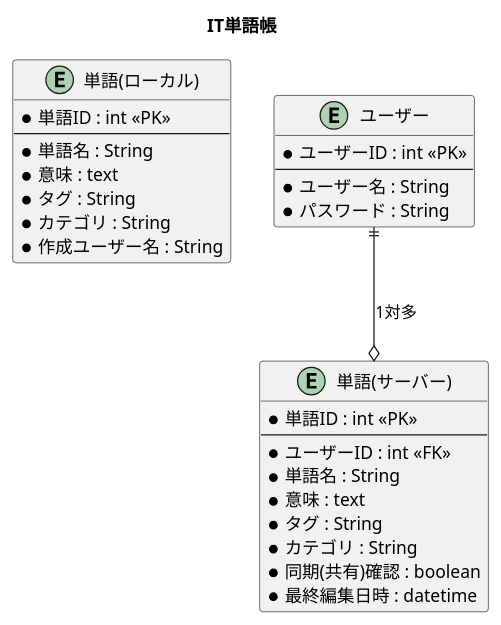
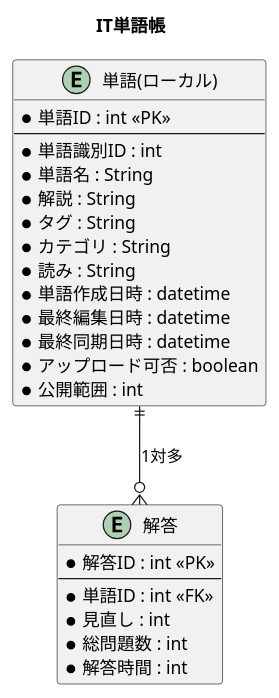
One commit to Kano0110/ITLearningSupport changed the diagram in 資料/E-R図.pu. Above: the diagram before and after it, drawn with PlantUML. The commit also changed 1 other file, not shown here.

Commit message:
e-r図更新

```diff
--- a/資料/E-R図.pu
+++ b/資料/E-R図.pu
@@ -1,35 +1,31 @@
 @startuml E-R図
 title IT単語帳
 
 entity "単語(ローカル)" as LocalWord {
   * 単語ID : int <<PK>>
   --
+  * 単語識別ID : int
   * 単語名 : String
-  * 意味 : text
+  * 解説 : String
   * タグ : String
   * カテゴリ : String
-  * 作成ユーザー名 : String
+  * 読み : String
+  * 単語作成日時 : datetime
+  * 最終編集日時 : datetime
+  * 最終同期日時 : datetime
+  * アップロード可否 : boolean
+  * 公開範囲 : int
 }
 
-entity "ユーザー" as User {
-  * ユーザーID : int <<PK>>
+entity "解答" as Answer {
+  * 解答ID : int <<PK>>
   --
-  * ユーザー名 : String
-  * パスワード : String
+  * 単語ID : int <<FK>>
+  * 見直し : int
+  * 総問題数 : int
+  * 解答時間 : int
 }
 
-entity "単語(サーバー)" as ServerWord {
-    * 単語ID : int <<PK>>
-  --
-  * ユーザーID : int <<FK>>
-  * 単語名 : String
-  * 意味 : text
-  * タグ : String
-  * カテゴリ : String
-  * 同期(共有)確認 : boolean
-  * 最終編集日時 : datetime
-}
-
-User ||--o ServerWord : "1対多"
+LocalWord ||--o{ Answer : "1対多"
 
 @enduml
```
